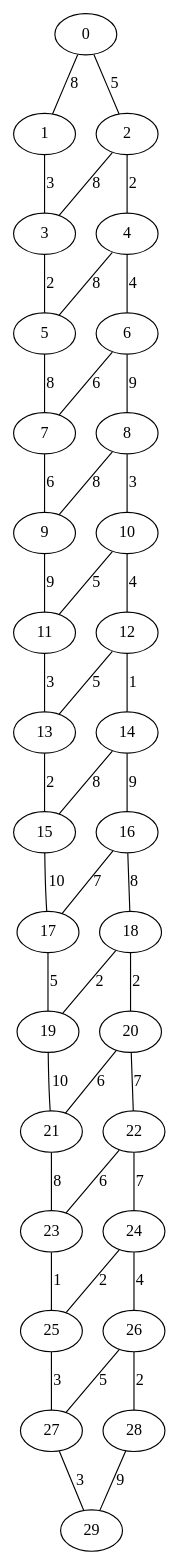
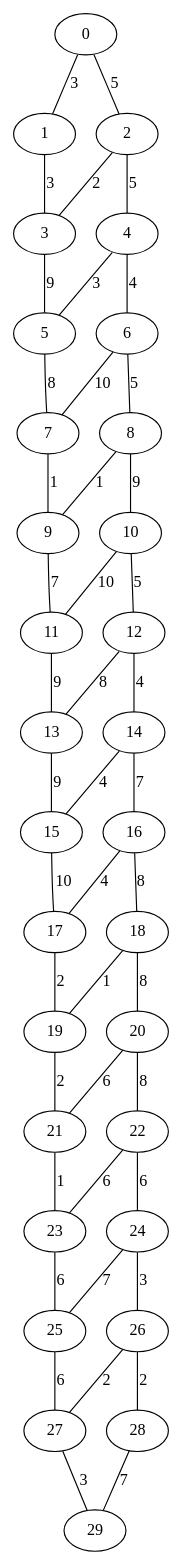
One commit to HugoBec/graph changed the diagram in gv/Mesh_30.gv. Above: the diagram before and after it, drawn with Graphviz. The commit also changed 111 other files, not shown here.

```diff
--- a/gv/Mesh_30.gv
+++ b/gv/Mesh_30.gv
@@ -1,75 +1,75 @@
 graph {
 	0 [label=0]
 	1 [label=1]
 	2 [label=2]
 	3 [label=3]
 	4 [label=4]
 	5 [label=5]
 	6 [label=6]
 	7 [label=7]
 	8 [label=8]
 	9 [label=9]
 	10 [label=10]
 	11 [label=11]
 	12 [label=12]
 	13 [label=13]
 	14 [label=14]
 	15 [label=15]
 	16 [label=16]
 	17 [label=17]
 	18 [label=18]
 	19 [label=19]
 	20 [label=20]
 	21 [label=21]
 	22 [label=22]
 	23 [label=23]
 	24 [label=24]
 	25 [label=25]
 	26 [label=26]
 	27 [label=27]
 	28 [label=28]
 	29 [label=29]
 	0 -- 2 [label=5]
-	0 -- 1 [label=8]
+	0 -- 1 [label=3]
 	1 -- 3 [label=3]
-	2 -- 4 [label=2]
-	2 -- 3 [label=8]
-	3 -- 5 [label=2]
+	2 -- 4 [label=5]
+	2 -- 3 [label=2]
+	3 -- 5 [label=9]
 	4 -- 6 [label=4]
-	4 -- 5 [label=8]
+	4 -- 5 [label=3]
 	5 -- 7 [label=8]
-	6 -- 8 [label=9]
-	6 -- 7 [label=6]
-	7 -- 9 [label=6]
-	8 -- 10 [label=3]
-	8 -- 9 [label=8]
-	9 -- 11 [label=9]
-	10 -- 12 [label=4]
-	10 -- 11 [label=5]
-	11 -- 13 [label=3]
-	12 -- 14 [label=1]
-	12 -- 13 [label=5]
-	13 -- 15 [label=2]
-	14 -- 16 [label=9]
-	14 -- 15 [label=8]
+	6 -- 8 [label=5]
+	6 -- 7 [label=10]
+	7 -- 9 [label=1]
+	8 -- 10 [label=9]
+	8 -- 9 [label=1]
+	9 -- 11 [label=7]
+	10 -- 12 [label=5]
+	10 -- 11 [label=10]
+	11 -- 13 [label=9]
+	12 -- 14 [label=4]
+	12 -- 13 [label=8]
+	13 -- 15 [label=9]
+	14 -- 16 [label=7]
+	14 -- 15 [label=4]
 	15 -- 17 [label=10]
 	16 -- 18 [label=8]
-	16 -- 17 [label=7]
-	17 -- 19 [label=5]
-	18 -- 20 [label=2]
-	18 -- 19 [label=2]
-	19 -- 21 [label=10]
-	20 -- 22 [label=7]
+	16 -- 17 [label=4]
+	17 -- 19 [label=2]
+	18 -- 20 [label=8]
+	18 -- 19 [label=1]
+	19 -- 21 [label=2]
+	20 -- 22 [label=8]
 	20 -- 21 [label=6]
-	21 -- 23 [label=8]
-	22 -- 24 [label=7]
+	21 -- 23 [label=1]
+	22 -- 24 [label=6]
 	22 -- 23 [label=6]
-	23 -- 25 [label=1]
-	24 -- 26 [label=4]
-	24 -- 25 [label=2]
-	25 -- 27 [label=3]
+	23 -- 25 [label=6]
+	24 -- 26 [label=3]
+	24 -- 25 [label=7]
+	25 -- 27 [label=6]
 	26 -- 28 [label=2]
-	26 -- 27 [label=5]
+	26 -- 27 [label=2]
 	27 -- 29 [label=3]
-	28 -- 29 [label=9]
+	28 -- 29 [label=7]
 }
```
